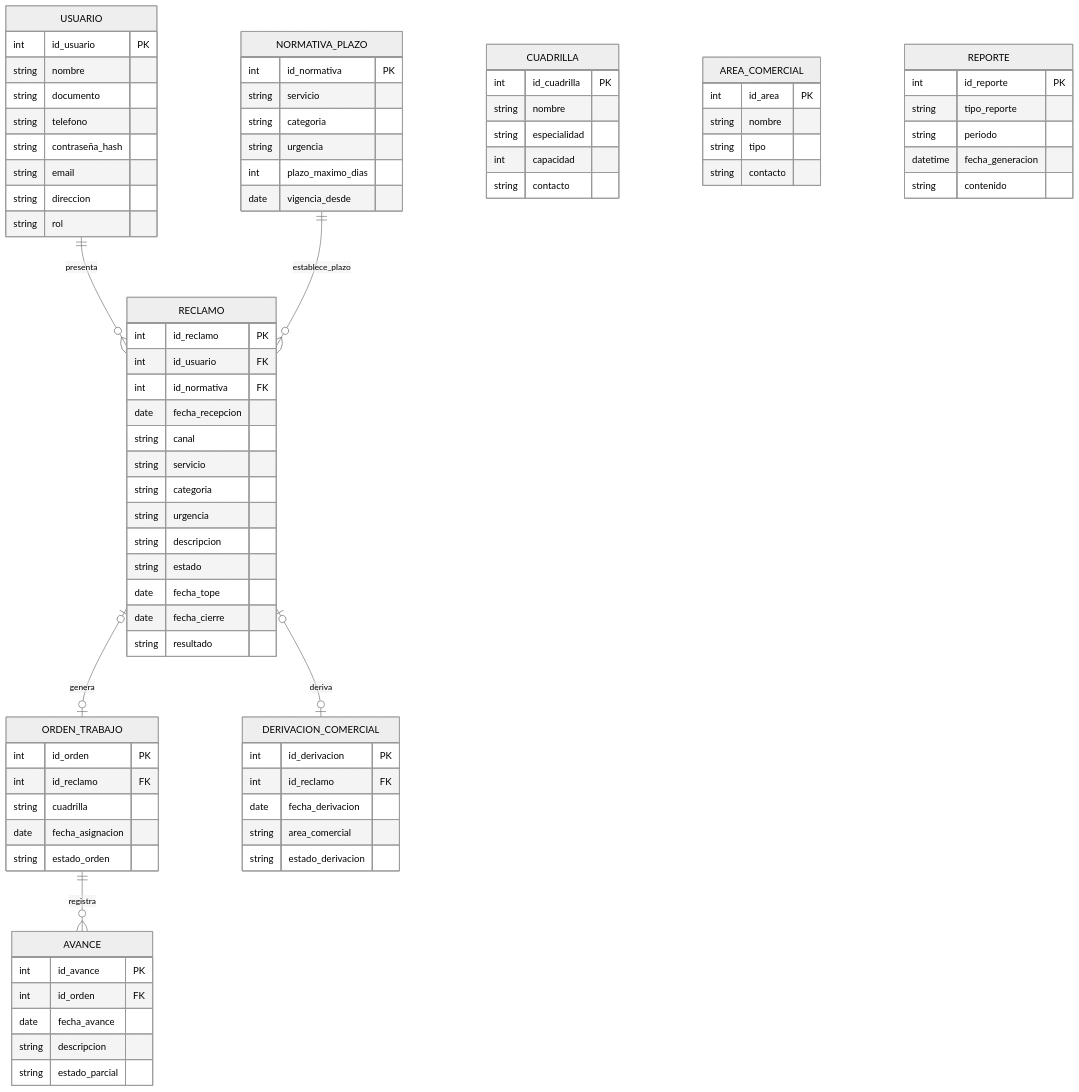
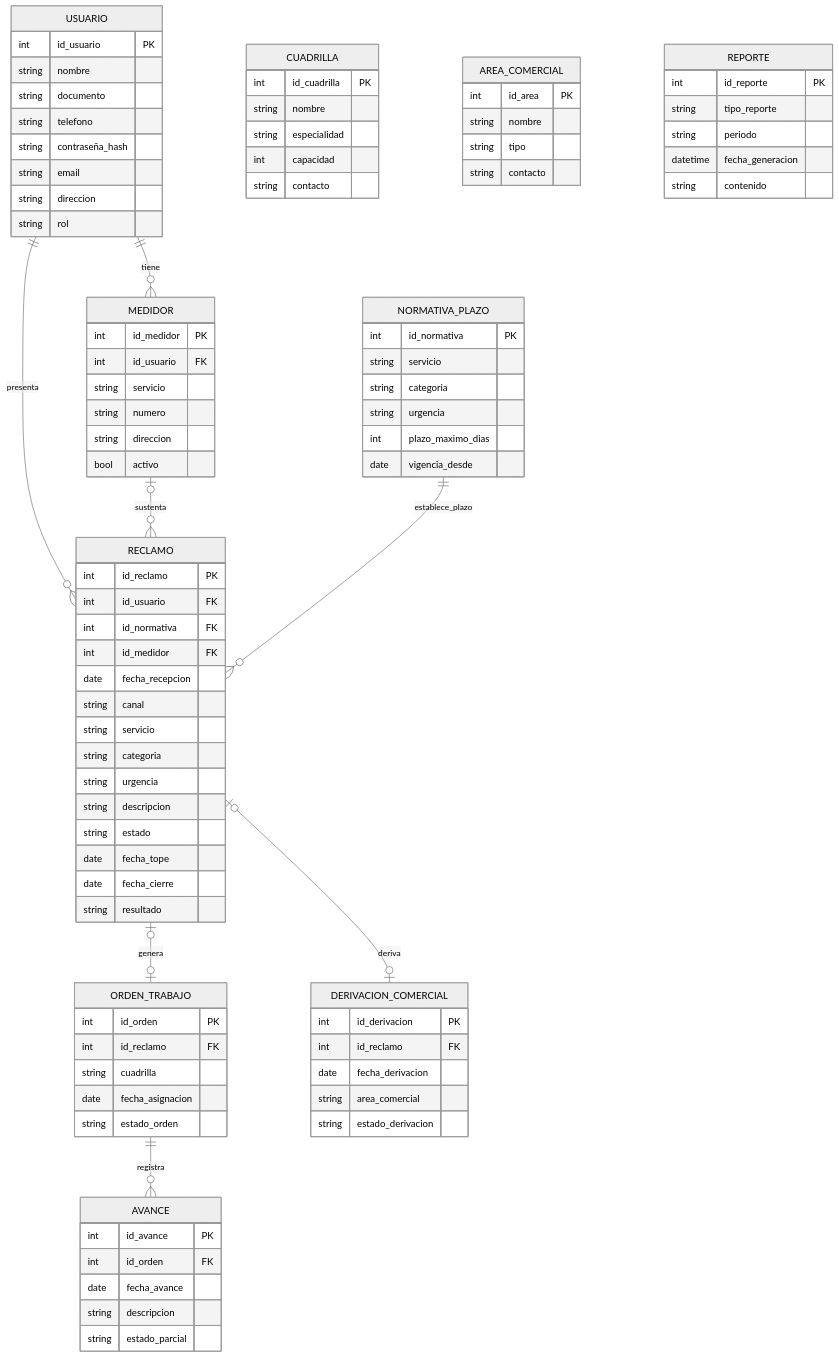
Before and after one commit to RafaelReyes0816/atencion-reclamos-serv-basic-backend: the fourth of 5 diagrams in docs/ARQUITECTURA.md, drawn with Mermaid (neutral theme). The commit also changed other lines of this file and 29 other files, not shown here.

First line of the commit message:
feat: medidores por usuario con codigo generado y registro en el reclamo

```diff
--- a/docs/ARQUITECTURA.md
+++ b/docs/ARQUITECTURA.md
@@ -244,10 +276,20 @@
         string rol
     }
 
+    MEDIDOR {
+        int id_medidor PK
+        int id_usuario FK
+        string servicio
+        string numero
+        string direccion
+        bool activo
+    }
+
     RECLAMO {
         int id_reclamo PK
         int id_usuario FK
         int id_normativa FK
+        int id_medidor FK
         date fecha_recepcion
         string canal
         string servicio
@@ -317,6 +359,8 @@
     }
 
     USUARIO ||--o{ RECLAMO : presenta
+    USUARIO ||--o{ MEDIDOR : tiene
+    MEDIDOR o|--o{ RECLAMO : sustenta
     NORMATIVA_PLAZO ||--o{ RECLAMO : establece_plazo
     RECLAMO o|--o| ORDEN_TRABAJO : genera
     RECLAMO o|--o| DERIVACION_COMERCIAL : deriva
```
